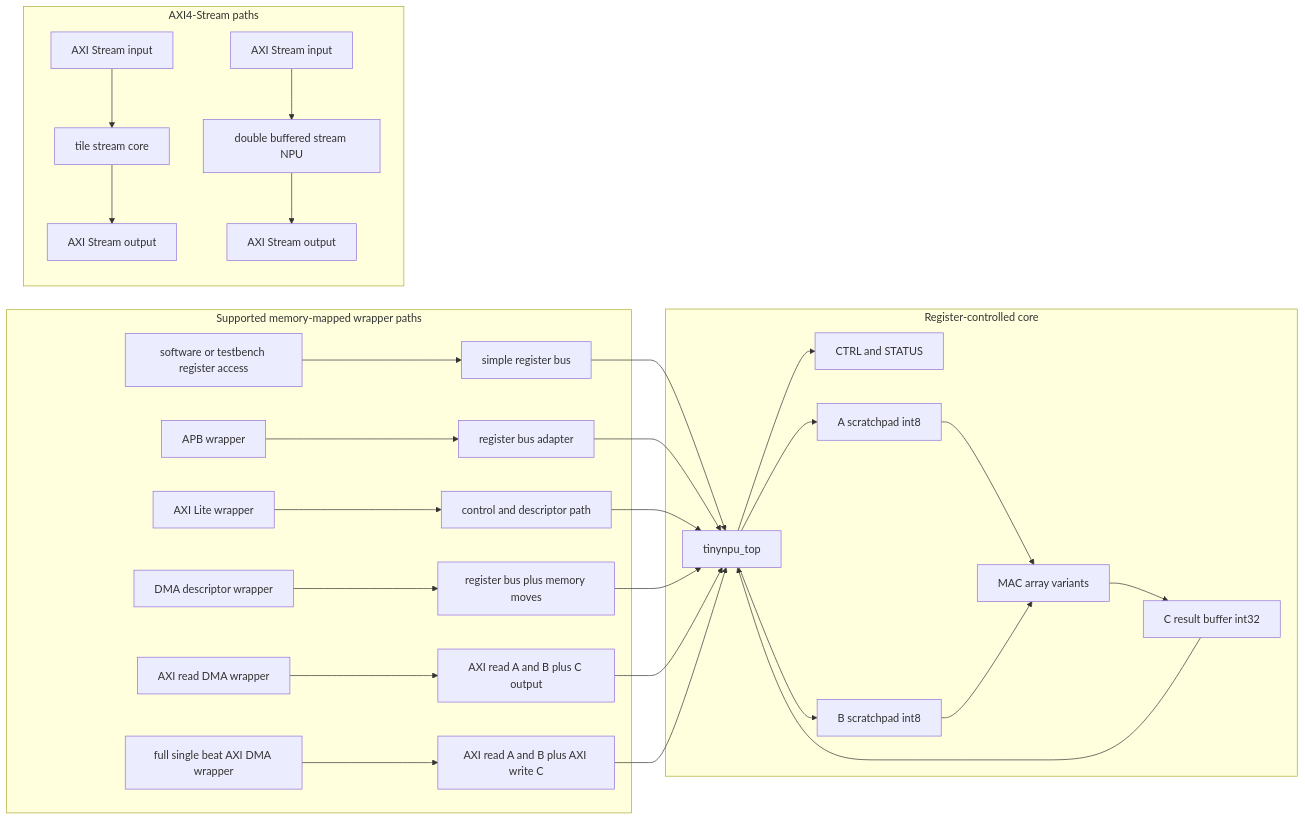
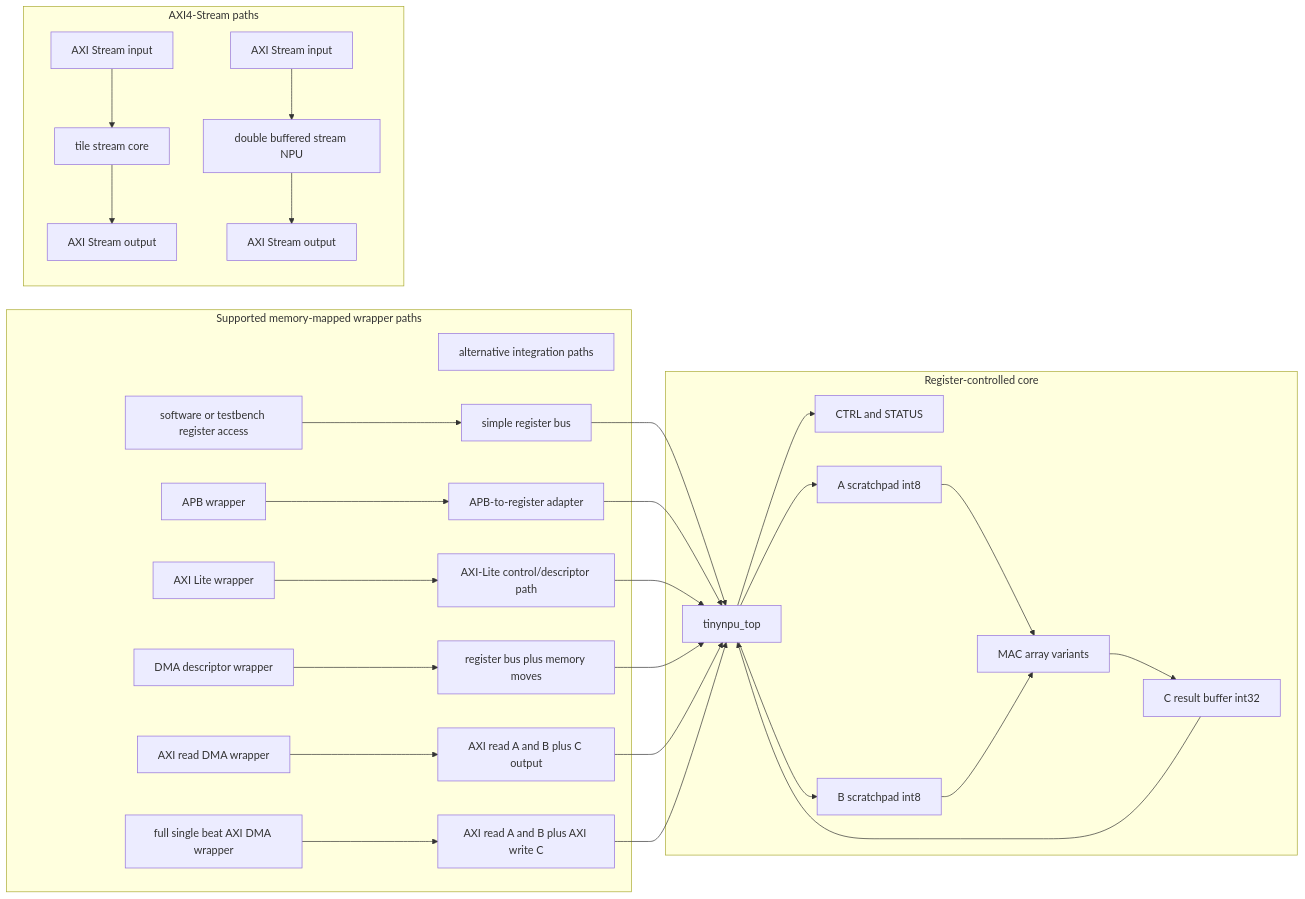
The first of 2 diagrams in README.md (advaitParanjpe/tinyNPU), drawn with Mermaid before and after one commit.

Commit message:
Polish tinyNPU architecture diagram labels

````diff
--- a/README.md
+++ b/README.md
@@ -27,41 +27,42 @@
 ```mermaid
 flowchart LR
   subgraph Core["Register-controlled core"]
     TOP["tinynpu_top"]
     CTRL["CTRL and STATUS"]
     A["A scratchpad int8"]
     B["B scratchpad int8"]
     MAC["MAC array variants"]
     C["C result buffer int32"]
     TOP --> CTRL
     TOP --> A
     TOP --> B
     A --> MAC
     B --> MAC
     MAC --> C
     C --> TOP
   end
 
   subgraph Wrappers["Supported memory-mapped wrapper paths"]
+    WNOTE["alternative integration paths"]
     SW["software or testbench register access"] --> BUS["simple register bus"]
-    APB["APB wrapper"] --> APBBUS["register bus adapter"]
-    AXIL["AXI Lite wrapper"] --> AXICTL["control and descriptor path"]
+    APB["APB wrapper"] --> APBBUS["APB-to-register adapter"]
+    AXIL["AXI Lite wrapper"] --> AXICTL["AXI-Lite control/descriptor path"]
     DESC["DMA descriptor wrapper"] --> DMABUS["register bus plus memory moves"]
     AXIRD["AXI read DMA wrapper"] --> AXIRDIO["AXI read A and B plus C output"]
     AXIDMA["full single beat AXI DMA wrapper"] --> AXIDMAIO["AXI read A and B plus AXI write C"]
   end
 
   BUS --> TOP
   APBBUS --> TOP
   AXICTL --> TOP
   DMABUS --> TOP
   AXIRDIO --> TOP
   AXIDMAIO --> TOP
 
   subgraph Streaming["AXI4-Stream paths"]
     SIN0["AXI Stream input"] --> TILE["tile stream core"]
     TILE --> SOUT0["AXI Stream output"]
     SIN1["AXI Stream input"] --> SNPU["double buffered stream NPU"]
     SNPU --> SOUT1["AXI Stream output"]
   end
 ```
````
